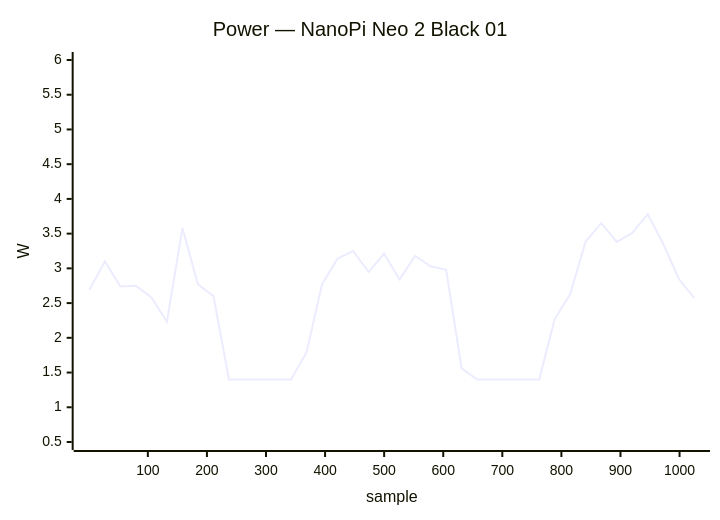
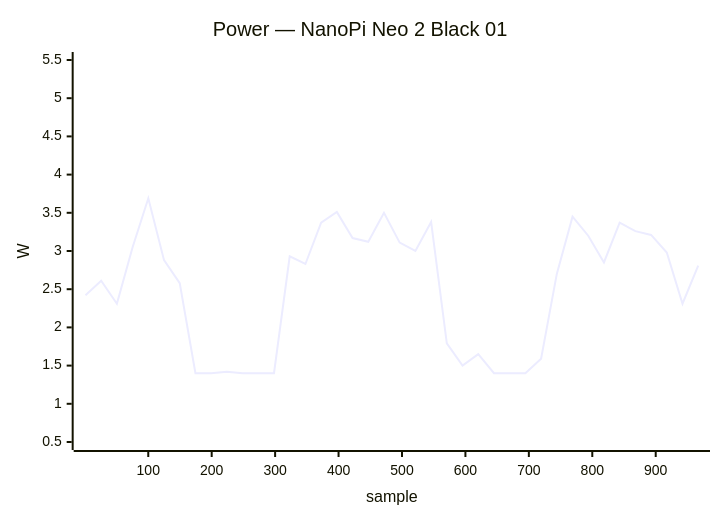
One commit to armbian/documentation changed diagram 22 of 39 in docs/status/board-tests.md. Above: the diagram before and after it, drawn with Mermaid. The commit also changed other lines of this file, not shown here.

````diff
--- a/docs/status/board-tests.md
+++ b/docs/status/board-tests.md
@@ -1035,7 +978,7 @@
 ```mermaid
 xychart-beta
     title "Power — NanoPi Neo 2 Black 01"
-    x-axis "sample" 1 --> 1025
-    y-axis "W" 0.5 --> 6.0
-    line [2.69, 3.10, 2.74, 2.75, 2.58, 2.23, 3.58, 2.77, 2.60, 1.40, 1.40, 1.40, 1.40, 1.40, 1.79, 2.77, 3.14, 3.25, 2.95, 3.21, 2.84, 3.18, 3.03, 2.98, 1.56, 1.40, 1.40, 1.40, 1.40, 1.40, 2.27, 2.63, 3.39, 3.65, 3.38, 3.51, 3.78, 3.35, 2.85, 2.57]
+    x-axis "sample" 1 --> 967
+    y-axis "W" 0.5 --> 5.5
+    line [2.42, 2.61, 2.31, 3.05, 3.69, 2.88, 2.58, 1.40, 1.40, 1.42, 1.40, 1.40, 1.40, 2.93, 2.83, 3.37, 3.51, 3.17, 3.12, 3.50, 3.11, 3.00, 3.38, 1.79, 1.50, 1.65, 1.40, 1.40, 1.40, 1.59, 2.70, 3.45, 3.20, 2.85, 3.37, 3.26, 3.21, 2.98, 2.31, 2.81]
 ```
````
